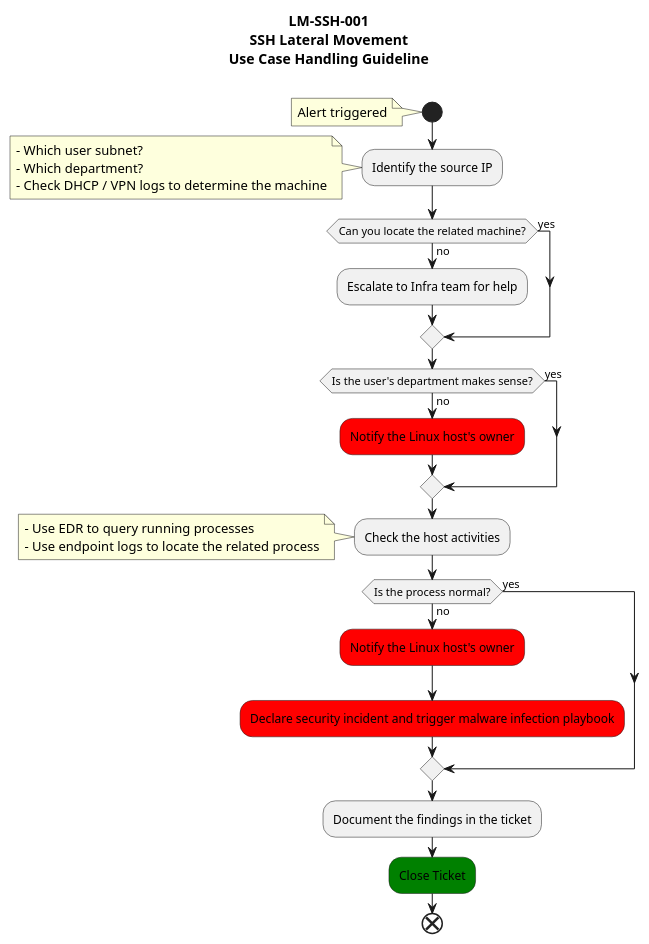
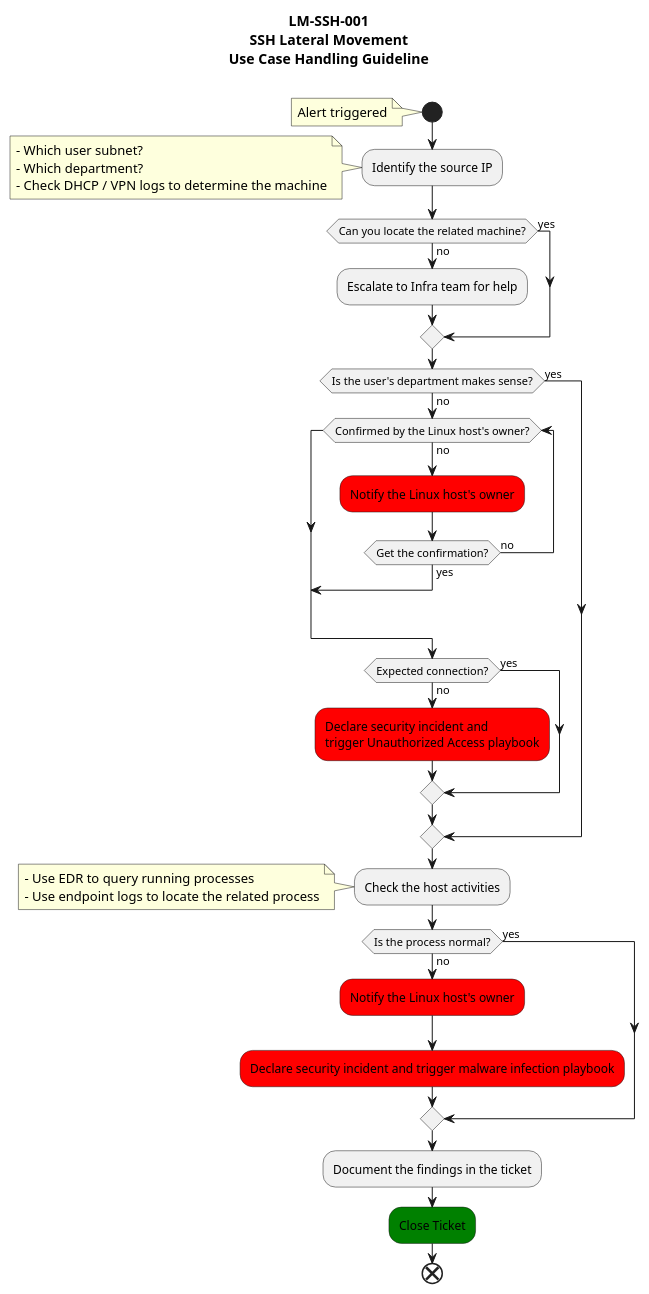
Before and after one commit to brianyaucy/Incident-Response-Playbooks: the diagram in Use Cases/network/LM-SSH-001-ssh_lateral_movement/Response-Runbook.wsd, drawn with PlantUML. The commit also changed 2 other files, not shown here.

```diff
--- a/Use Cases/network/LM-SSH-001-ssh_lateral_movement/Response-Runbook.wsd
+++ b/Use Cases/network/LM-SSH-001-ssh_lateral_movement/Response-Runbook.wsd
@@ -1,44 +1,55 @@
 @startuml
 title: LM-SSH-001\nSSH Lateral Movement\nUse Case Handling Guideline\n
 
 start
 note
   Alert triggered
 endnote
 
 :Identify the source IP;
 note
   - Which user subnet?
   - Which department?
   - Check DHCP / VPN logs to determine the machine
 endnote
 
 if (Can you locate the related machine?) then (no)
   :Escalate to Infra team for help;
 else (yes)
 endif
 
 if (Is the user's department makes sense?) then (no)
-  #red:Notify the Linux host's owner;
+  while (Confirmed by the Linux host's owner?) is (no)
+    #red:Notify the Linux host's owner;
+    if (Get the confirmation?) then (yes)
+      break
+    else (no)
+    endif
+  endwhile
+  if (Expected connection?) then (no)
+    #red:Declare security incident and
+    trigger Unauthorized Access playbook;
+  else (yes)
+  endif
 else (yes)
 endif
 
 :Check the host activities;
 note
   - Use EDR to query running processes
   - Use endpoint logs to locate the related process
 endnote
 
 if (Is the process normal?) then (no)
   #red:Notify the Linux host's owner;
   #red:Declare security incident and trigger malware infection playbook;
 else (yes)
 endif
 
 :Document the findings in the ticket;
 #green:Close Ticket;
 
 end
 
 
 @enduml
```
